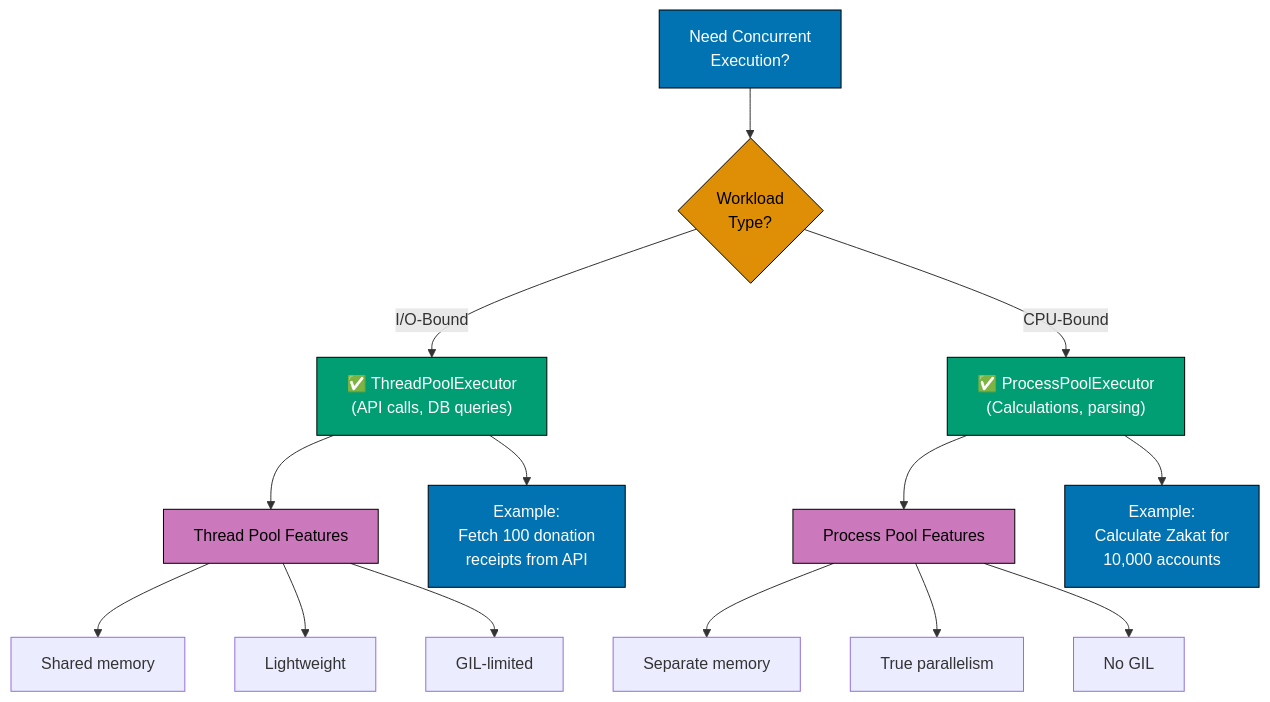
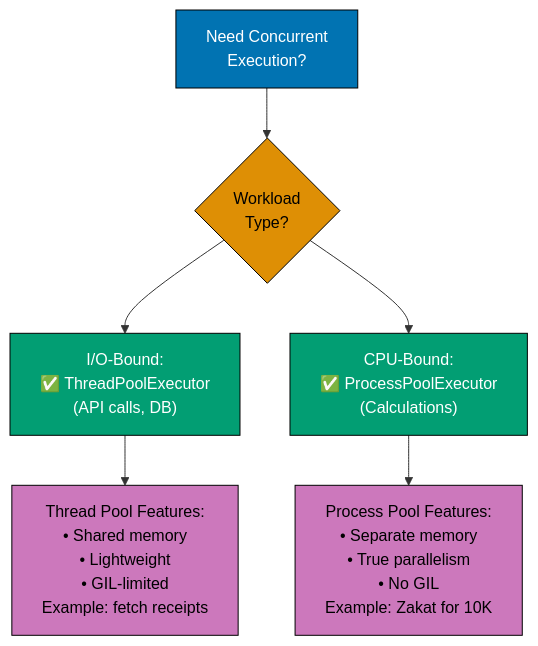
The sixth of 8 diagrams in docs/explanation/software-engineering/programming-languages/python/concurrency-and-parallelism.md (wahidyankf/open-sharia-enterprise), drawn with Mermaid before and after one commit. The commit also changed other lines of this file and 12 other files, not shown here.

First line of the commit message:
fix(docs): fix mermaid violations in python docs

````diff
--- a/docs/explanation/software-engineering/programming-languages/python/concurrency-and-parallelism.md
+++ b/docs/explanation/software-engineering/programming-languages/python/concurrency-and-parallelism.md
@@ -458,29 +437,18 @@
 ```mermaid
 %% Color Palette: Blue #0173B2, Orange #DE8F05, Teal #029E73, Purple #CC78BC
 %% All colors are color-blind friendly and meet WCAG AA contrast standards
 
 graph TD
     A["Need Concurrent<br/>Execution?"]:::blue --> B{"Workload<br/>Type?"}:::orange
 
-    B -->|"I/O-Bound"| C["✅ ThreadPoolExecutor<br/>(API calls, DB queries)"]:::teal
-    B -->|"CPU-Bound"| D["✅ ProcessPoolExecutor<br/>(Calculations, parsing)"]:::teal
+    B --> C["I/O-Bound:<br/>✅ ThreadPoolExecutor<br/>(API calls, DB)"]:::teal
+    B --> D["CPU-Bound:<br/>✅ ProcessPoolExecutor<br/>(Calculations)"]:::teal
 
-    C --> E["Thread Pool Features"]:::purple
-    D --> F["Process Pool Features"]:::purple
-
-    E --> E1["Shared memory"]
-    E --> E2["Lightweight"]
-    E --> E3["GIL-limited"]
-
-    F --> F1["Separate memory"]
-    F --> F2["True parallelism"]
-    F --> F3["No GIL"]
-
-    C --> Ex1["Example:<br/>Fetch 100 donation<br/>receipts from API"]:::blue
-    D --> Ex2["Example:<br/>Calculate Zakat for<br/>10,000 accounts"]:::blue
+    C --> E["Thread Pool Features:<br/>• Shared memory<br/>• Lightweight<br/>• GIL-limited<br/>Example: fetch receipts"]:::purple
+    D --> F["Process Pool Features:<br/>• Separate memory<br/>• True parallelism<br/>• No GIL<br/>Example: Zakat for 10K"]:::purple
 
     classDef blue fill:#0173B2,stroke:#000,color:#fff
     classDef orange fill:#DE8F05,stroke:#000,color:#000
     classDef teal fill:#029E73,stroke:#000,color:#fff
     classDef purple fill:#CC78BC,stroke:#000,color:#000
 ```
````
